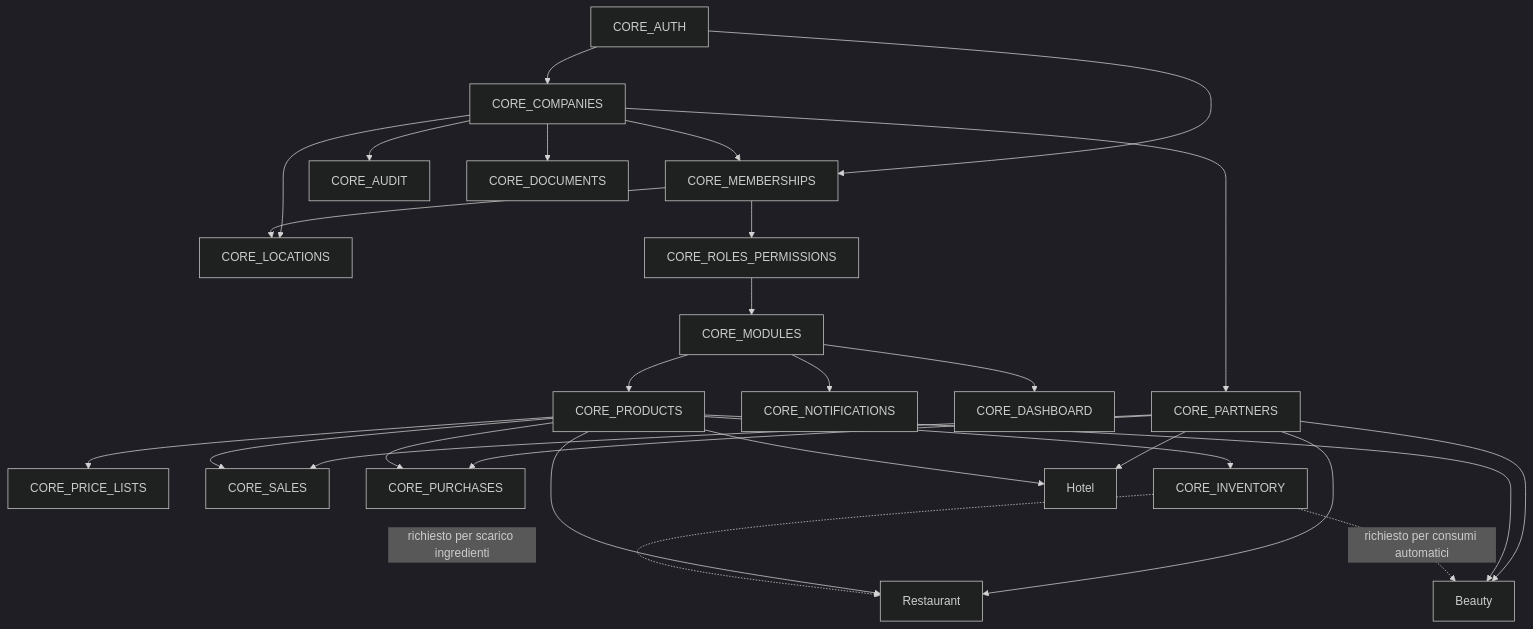
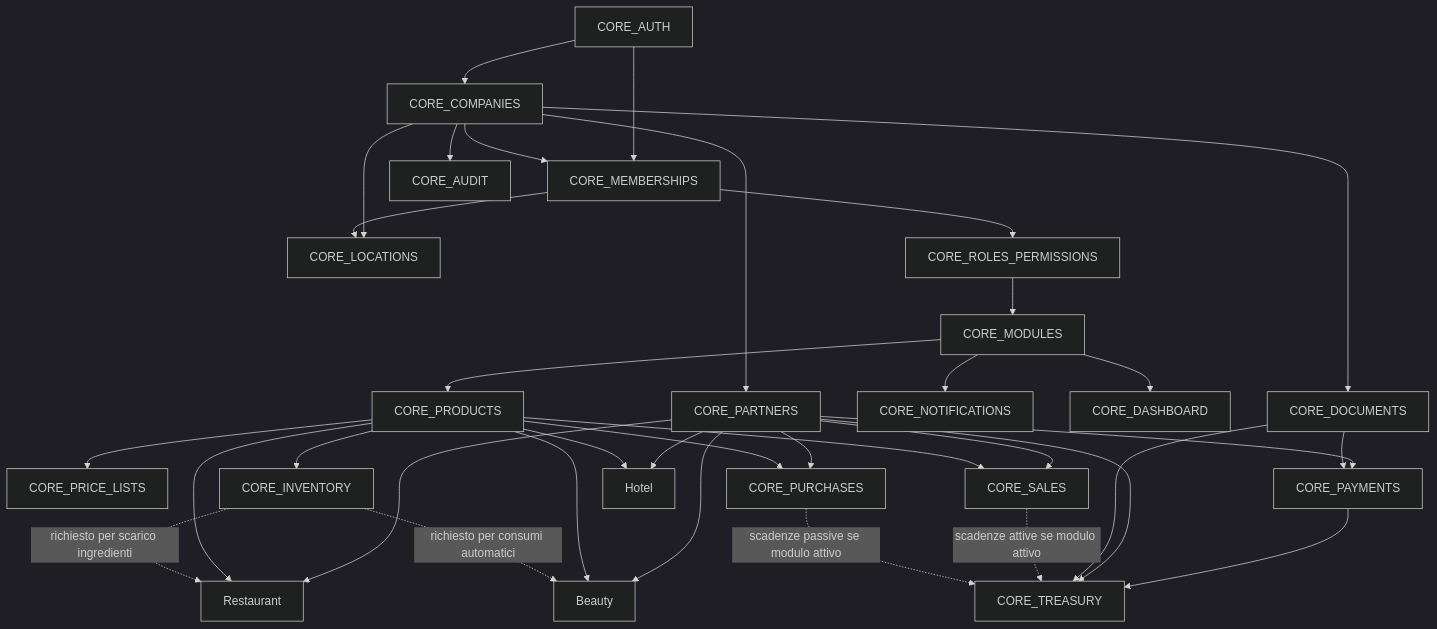
Before and after one commit to samuelesans-rgb/nexus-erp: the first of 4 diagrams in docs/MODULE_DEPENDENCIES.md, drawn with Mermaid (dark theme). The commit also changed other lines of this file and 40 other files, not shown here.

Commit message:
feat(treasury): add receivables payments and cash flow engine

````diff
--- a/docs/MODULE_DEPENDENCIES.md
+++ b/docs/MODULE_DEPENDENCIES.md
@@ -17,34 +17,41 @@
 ```mermaid
 flowchart TD
     ID[CORE_AUTH] --> CO[CORE_COMPANIES]
     ID --> ME[CORE_MEMBERSHIPS]
     CO --> ME
     CO --> LO[CORE_LOCATIONS]
     ME --> LO
     ME --> AC[CORE_ROLES_PERMISSIONS]
     AC --> MO[CORE_MODULES]
     CO --> AU[CORE_AUDIT]
     CO --> PA[CORE_PARTNERS]
     CO --> DO[CORE_DOCUMENTS]
     MO --> NO[CORE_NOTIFICATIONS]
     MO --> DA[CORE_DASHBOARD]
 
     MO --> PR[CORE_PRODUCTS]
     PR --> PL[CORE_PRICE_LISTS]
     PA --> SA[CORE_SALES]
     PR --> SA
     PA --> PU[CORE_PURCHASES]
     PR --> PU
     PR --> IN[CORE_INVENTORY]
+    PA --> PY[CORE_PAYMENTS]
+    DO --> PY
+    PY --> TR[CORE_TREASURY]
+    PA --> TR
+    DO --> TR
+    SA -. scadenze attive se modulo attivo .-> TR
+    PU -. scadenze passive se modulo attivo .-> TR
 
     PA --> RR[Restaurant]
     PR --> RR
     IN -. richiesto per scarico ingredienti .-> RR
 
     PA --> HO[Hotel]
     PR --> HO
 
     PA --> BE[Beauty]
     PR --> BE
     IN -. richiesto per consumi automatici .-> BE
 ```
````
